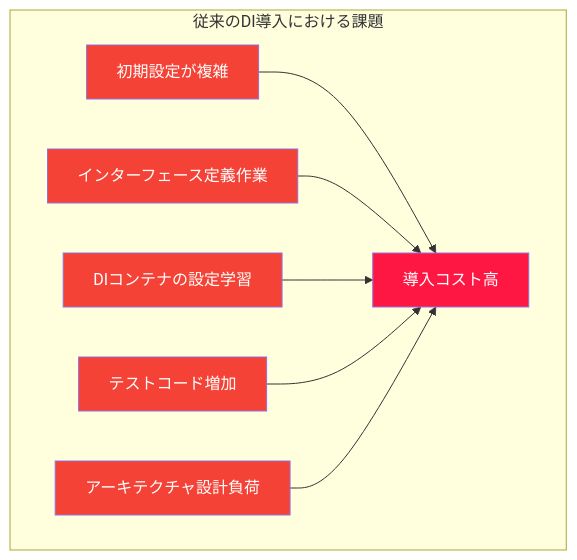
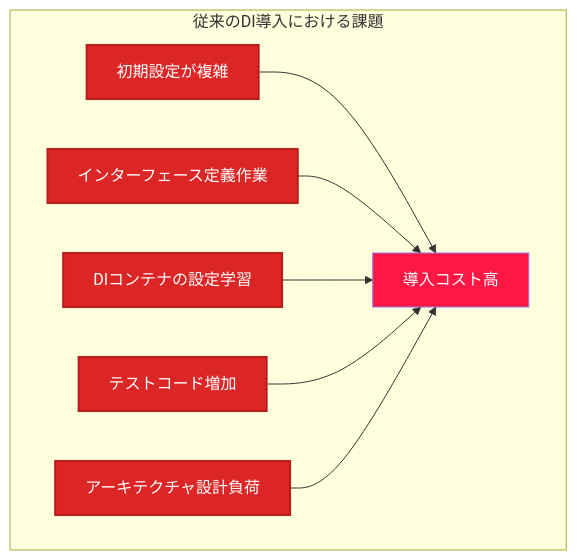
One commit to derushio/d-next-ddd-example changed the eighth of 12 diagrams in _DOCS/guides/ddd/concepts/whats-di.md. Above: the diagram before and after it, drawn with Mermaid. The commit also changed other lines of this file and 31 other files, not shown here.

Commit message:
🎨: DOCSのMermaid図表カラーテーマを暗色に統一し視認性を向上

````diff
--- a/_DOCS/guides/ddd/concepts/whats-di.md
+++ b/_DOCS/guides/ddd/concepts/whats-di.md
@@ -557,17 +557,17 @@
 ```mermaid
 graph TD
     subgraph "従来のDI導入における課題"
         A[初期設定が複雑] --> D[導入コスト高]
         B[インターフェース定義作業] --> D
         C[DIコンテナの設定学習] --> D
         E[テストコード増加] --> D
         F[アーキテクチャ設計負荷] --> D
     end
     
-    style A fill:#f44336,color:#fff
-    style B fill:#f44336,color:#fff
-    style C fill:#f44336,color:#fff
-    style E fill:#f44336,color:#fff
-    style F fill:#f44336,color:#fff
+    style A fill:#dc2626,stroke:#b91c1c,stroke-width:2px,color:#ffffff
+    style B fill:#dc2626,stroke:#b91c1c,stroke-width:2px,color:#ffffff
+    style C fill:#dc2626,stroke:#b91c1c,stroke-width:2px,color:#ffffff
+    style E fill:#dc2626,stroke:#b91c1c,stroke-width:2px,color:#ffffff
+    style F fill:#dc2626,stroke:#b91c1c,stroke-width:2px,color:#ffffff
     style D fill:#ff1744,color:#fff
 ```
````
